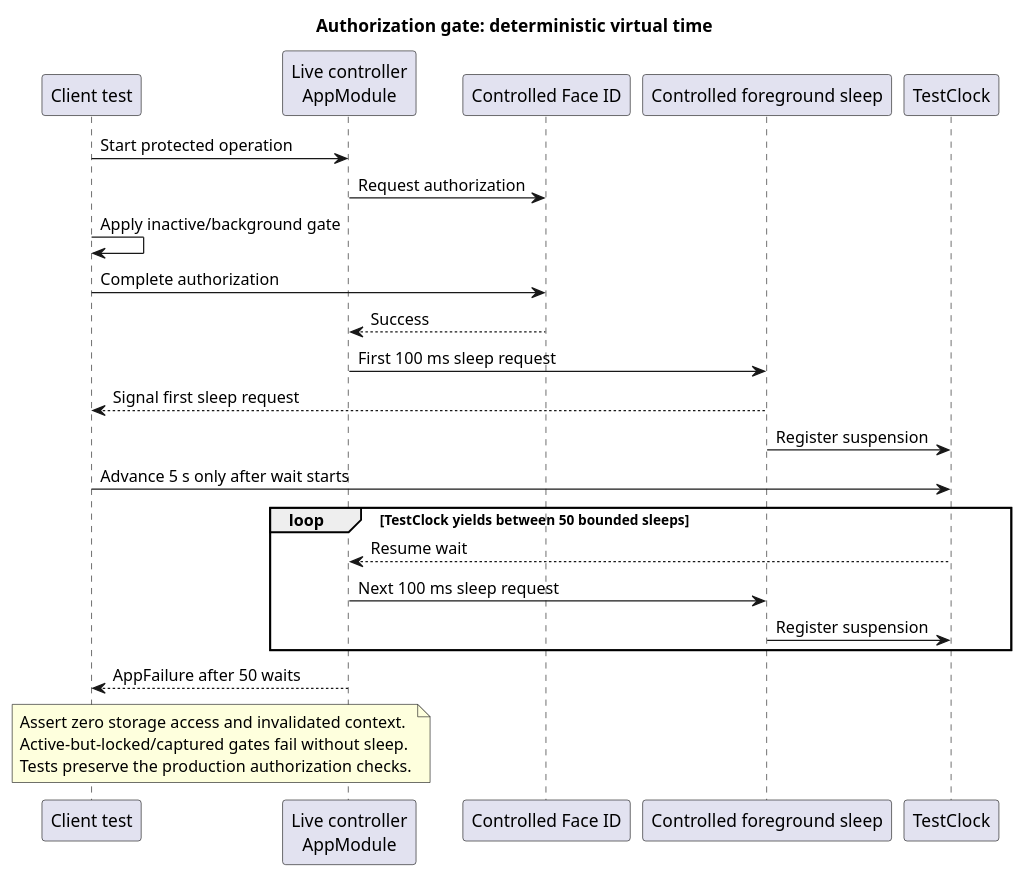
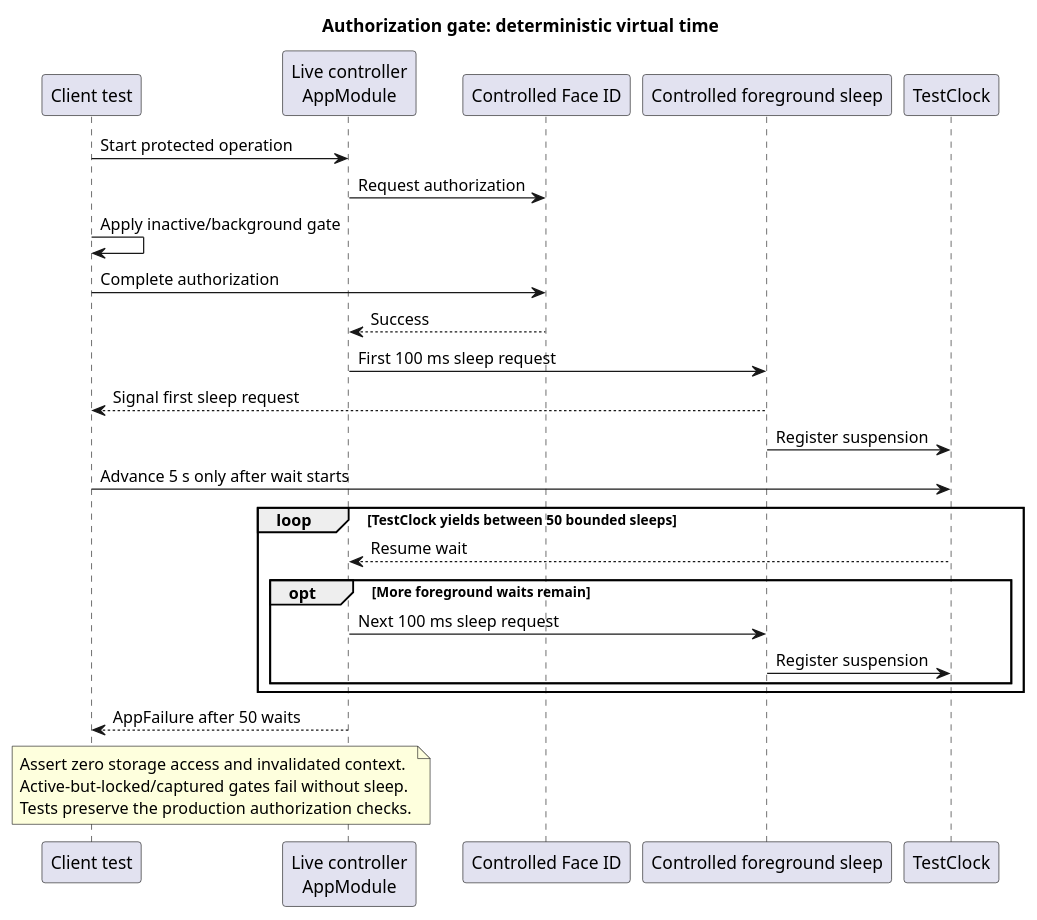
Before and after one commit to GeorgesAlkhouri/sealbreak: the second of 3 diagrams in docs/offline-status-regression.puml, drawn with PlantUML. The commit also changed other lines of this file and 1 other file, not shown here.

```diff
--- a/docs/offline-status-regression.puml
+++ b/docs/offline-status-regression.puml
@@ -33,29 +33,31 @@
 @startuml authorization_clock_synchronization
 title Authorization gate: deterministic virtual time
 participant "Client test" as Test
 participant "Live controller\nAppModule" as Controller
 participant "Controlled Face ID" as FaceID
 participant "Controlled foreground sleep" as Sleep
 participant "TestClock" as Clock
 
 Test -> Controller: Start protected operation
 Controller -> FaceID: Request authorization
 Test -> Test: Apply inactive/background gate
 Test -> FaceID: Complete authorization
 FaceID --> Controller: Success
 Controller -> Sleep: First 100 ms sleep request
 Sleep --> Test: Signal first sleep request
 Sleep -> Clock: Register suspension
 Test -> Clock: Advance 5 s only after wait starts
 loop TestClock yields between 50 bounded sleeps
   Clock --> Controller: Resume wait
-  Controller -> Sleep: Next 100 ms sleep request
-  Sleep -> Clock: Register suspension
+  opt More foreground waits remain
+    Controller -> Sleep: Next 100 ms sleep request
+    Sleep -> Clock: Register suspension
+  end
 end
 Controller --> Test: AppFailure after 50 waits
 note over Test, Controller
   Assert zero storage access and invalidated context.
   Active-but-locked/captured gates fail without sleep.
   Tests preserve the production authorization checks.
 end note
 @enduml
```
